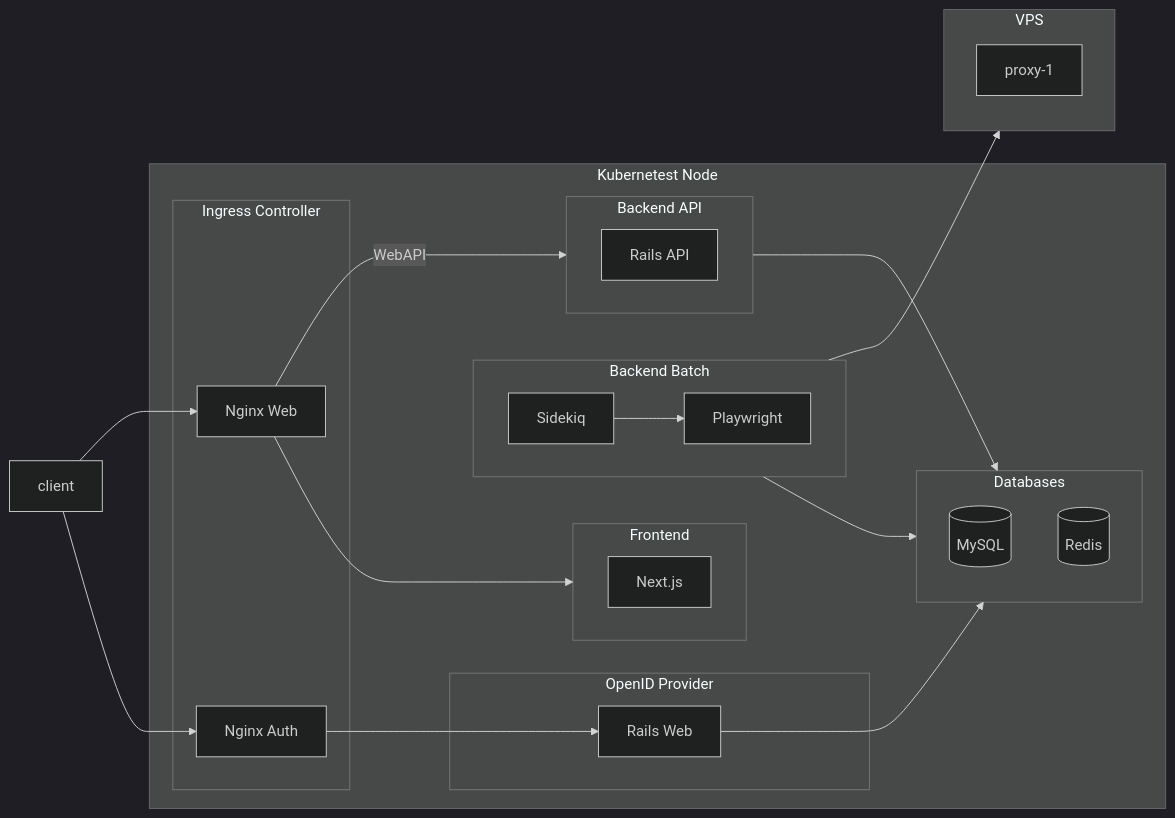
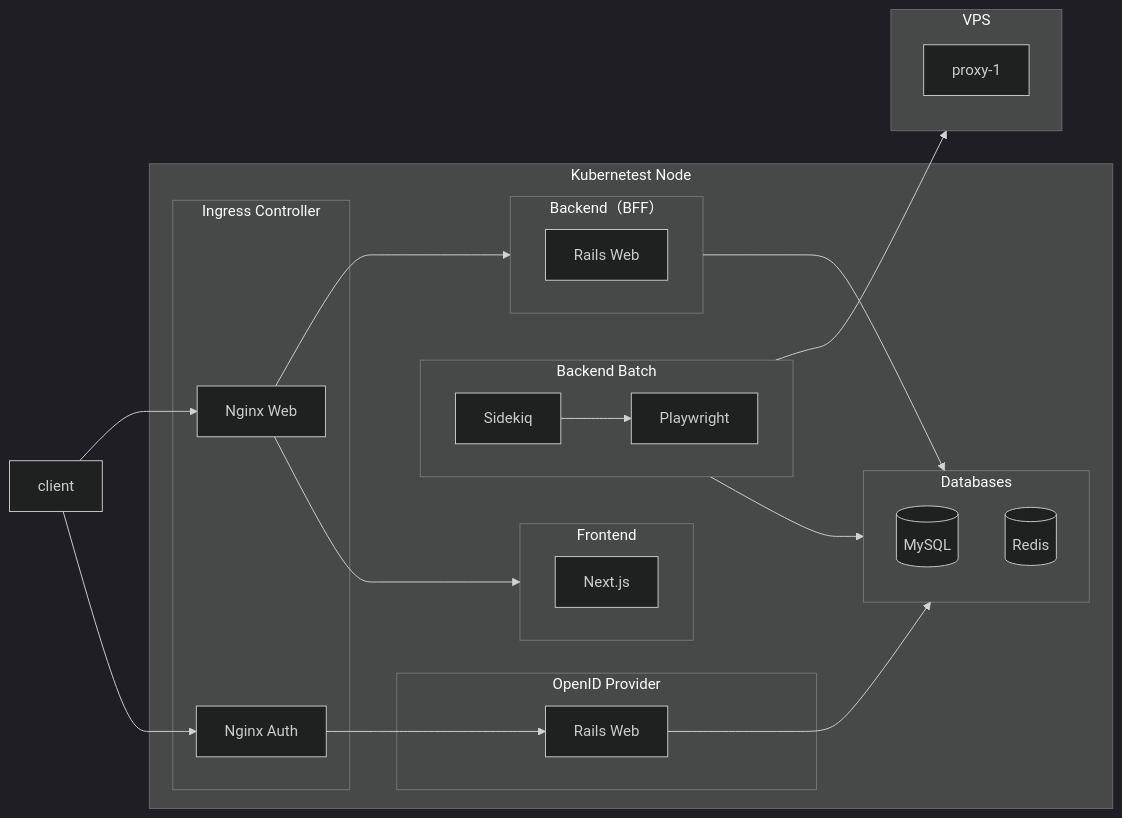
The second of 12 diagrams in README.md (kuroweb/price-monitoring), drawn with Mermaid (dark theme) before and after one commit. The commit also changed other lines of this file, not shown here.

````diff
--- a/README.md
+++ b/README.md
@@ -87,49 +87,49 @@
   ```mermaid
   flowchart LR
   subgraph Kubernetest Node
     subgraph Ingress Controller
       nginx_web[Nginx Web]
       nginx_auth[Nginx Auth]
     end
 
     subgraph Frontend
       direction LR
 
       Next.js
     end
 
-    subgraph Backend API
+    subgraph "Backend（BFF）"
       direction LR
 
-      rails[Rails API]
+      rails[Rails Web]
     end
 
     subgraph Backend Batch
       direction LR
 
       sidekiq[Sidekiq]
       playwright[Playwright]
     end
 
     subgraph OpenID Provider
       rails_auth[Rails Web]
     end
 
     subgraph Databases
       mysql[(MySQL)]
       redis[(Redis)]
     end
   end
 
   subgraph VPS
     proxy-1
   end
 
   client-->nginx_web-->Next.js
   client-->nginx_auth-->rails_auth
-  nginx_web--WebAPI-->rails
+  nginx_web-->rails
   sidekiq-->playwright-->VPS
   rails-->Databases
   rails_auth-->Databases
   sidekiq-->Databases
   ```
````
